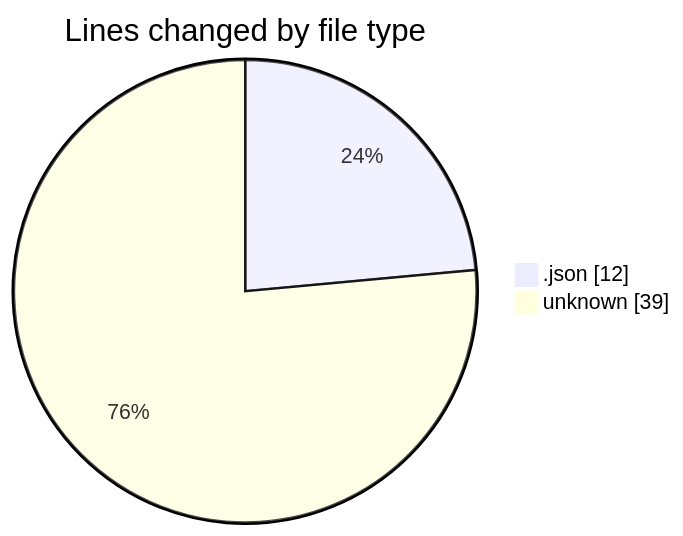
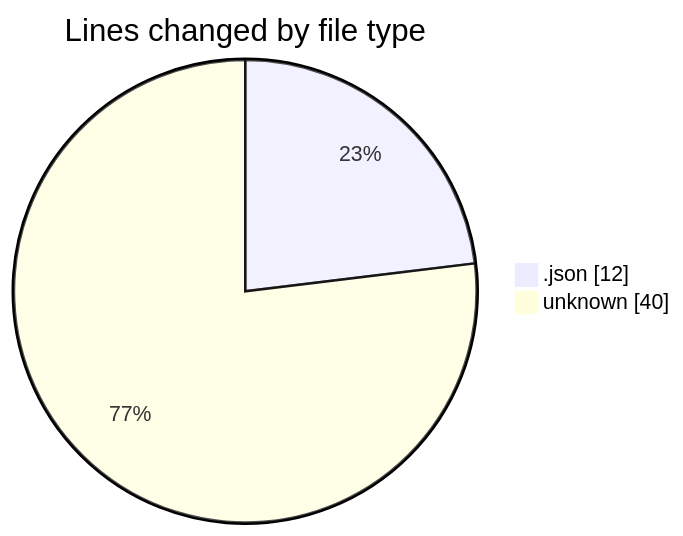
Before and after one commit to donsfak/code-tracking: the first of 2 diagrams in 2026-10-12/backend/README.md, drawn with Mermaid. The commit also changed other lines of this file and 1 other file, not shown here.

````diff
--- a/2026-10-12/backend/README.md
+++ b/2026-10-12/backend/README.md
@@ -21,6 +21,6 @@
 ```mermaid
 pie showData
 title Lines changed by file type
 ".json" : 12
-"unknown" : 39
+"unknown" : 40
 ```
````
